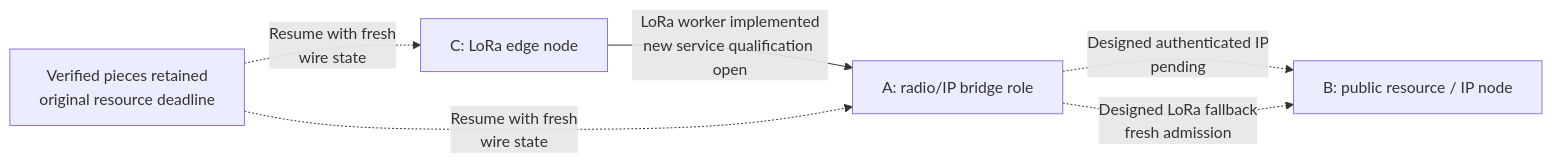
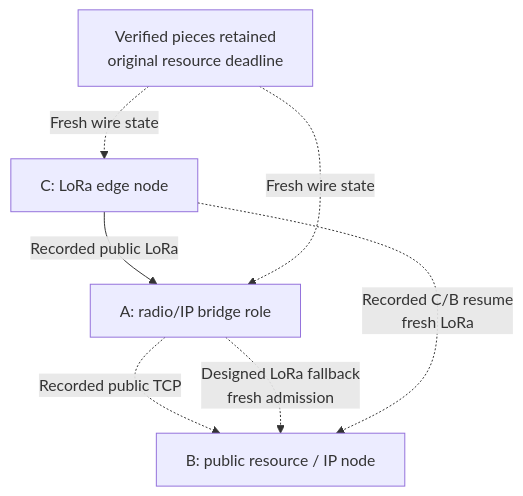
One commit to l33tdawg/meshticulum changed the third of 3 diagrams in docs/ARCHITECTURE.md. Above: the diagram before and after it, drawn with Mermaid. The commit also changed other lines of this file and 178 other files, not shown here.

````diff
--- a/docs/ARCHITECTURE.md
+++ b/docs/ARCHITECTURE.md
@@ -178,13 +186,14 @@
 ```mermaid
-flowchart LR
+flowchart TB
     C["C: LoRa edge node"]
     A["A: radio/IP bridge role"]
     B["B: public resource / IP node"]
 
-    C -->|"LoRa worker implemented<br/>new service qualification open"| A
-    A -. "Designed authenticated IP<br/>pending" .-> B
+    C -->|"Recorded public LoRa"| A
+    A -. "Recorded public TCP" .-> B
     A -. "Designed LoRa fallback<br/>fresh admission" .-> B
+    C -. "Recorded C/B resume<br/>fresh LoRa" .-> B
     Content["Verified pieces retained<br/>original resource deadline"]
-    Content -. "Resume with fresh<br/>wire state" .-> C
-    Content -. "Resume with fresh<br/>wire state" .-> A
+    Content -. "Fresh wire state" .-> C
+    Content -. "Fresh wire state" .-> A
 ```
````
